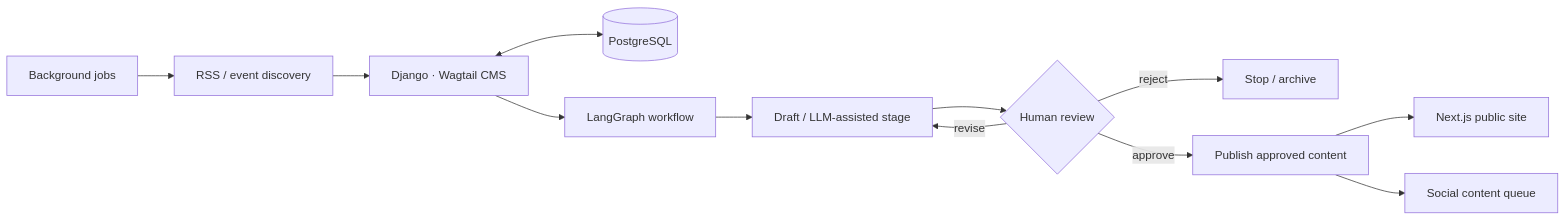
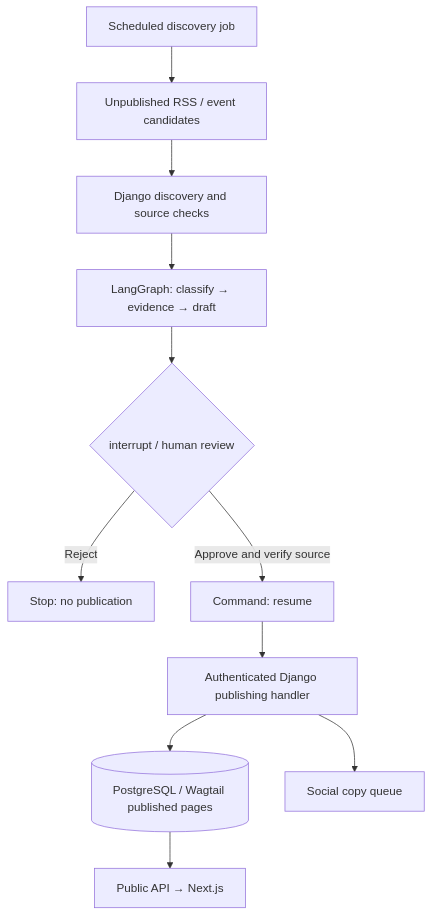
Before and after one commit to paulinap92/blizej-walencji-demo: the diagram in README.md, drawn with Mermaid. The commit also changed other lines of this file and 17 other files, not shown here.

Commit message:
Replace portal mockup with English LangGraph and Django engineering walkthrough

````diff
--- a/README.md
+++ b/README.md
@@ -45,14 +26,13 @@
 ```mermaid
-flowchart LR
-  SOURCE[RSS / event discovery] --> DJANGO[Django · Wagtail CMS]
-  DJANGO <--> DB[(PostgreSQL)]
-  DJANGO --> LANG[LangGraph workflow]
-  LANG --> DRAFT[Draft / LLM-assisted stage]
-  DRAFT --> REVIEW{Human review}
-  REVIEW -->|revise| DRAFT
-  REVIEW -->|reject| ARCHIVE[Stop / archive]
-  REVIEW -->|approve| PUBLISH[Publish approved content]
-  PUBLISH --> NEXT[Next.js public site]
-  PUBLISH --> SOCIAL[Social content queue]
-  JOBS[Background jobs] --> SOURCE
+flowchart TD
+  A[Unpublished RSS / event candidates] --> B[Django discovery and source checks]
+  B --> C[LangGraph: classify → evidence → draft]
+  C --> D{interrupt / human review}
+  D -->|Reject| E[Stop: no publication]
+  D -->|Approve and verify source| F[Command: resume]
+  F --> G[Authenticated Django publishing handler]
+  G --> H[(PostgreSQL / Wagtail published pages)]
+  H --> I[Public API → Next.js]
+  G --> J[Social copy queue]
+  K[Scheduled discovery job] --> A
 ```
````
